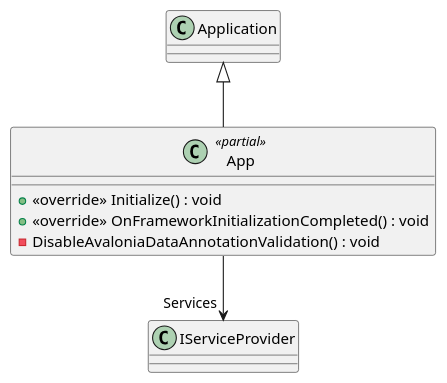
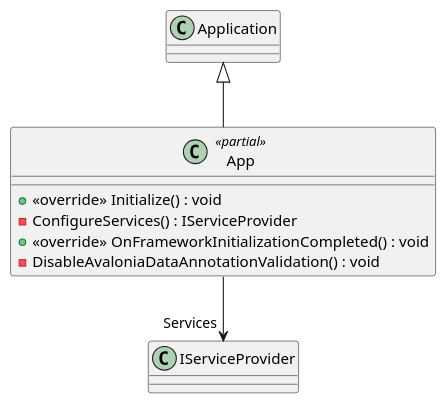
One commit to I42I/ecosystem changed the diagram in plantuml/App.axaml.puml. Above: the diagram before and after it, drawn with PlantUML. The commit also changed 27 other files, not shown here.

```diff
--- a/plantuml/App.axaml.puml
+++ b/plantuml/App.axaml.puml
@@ -1,9 +1,10 @@
 @startuml
 class App <<partial>> {
     + <<override>> Initialize() : void
+    - ConfigureServices() : IServiceProvider
     + <<override>> OnFrameworkInitializationCompleted() : void
     - DisableAvaloniaDataAnnotationValidation() : void
 }
 Application <|-- App
 App --> "Services" IServiceProvider
 @enduml
```
